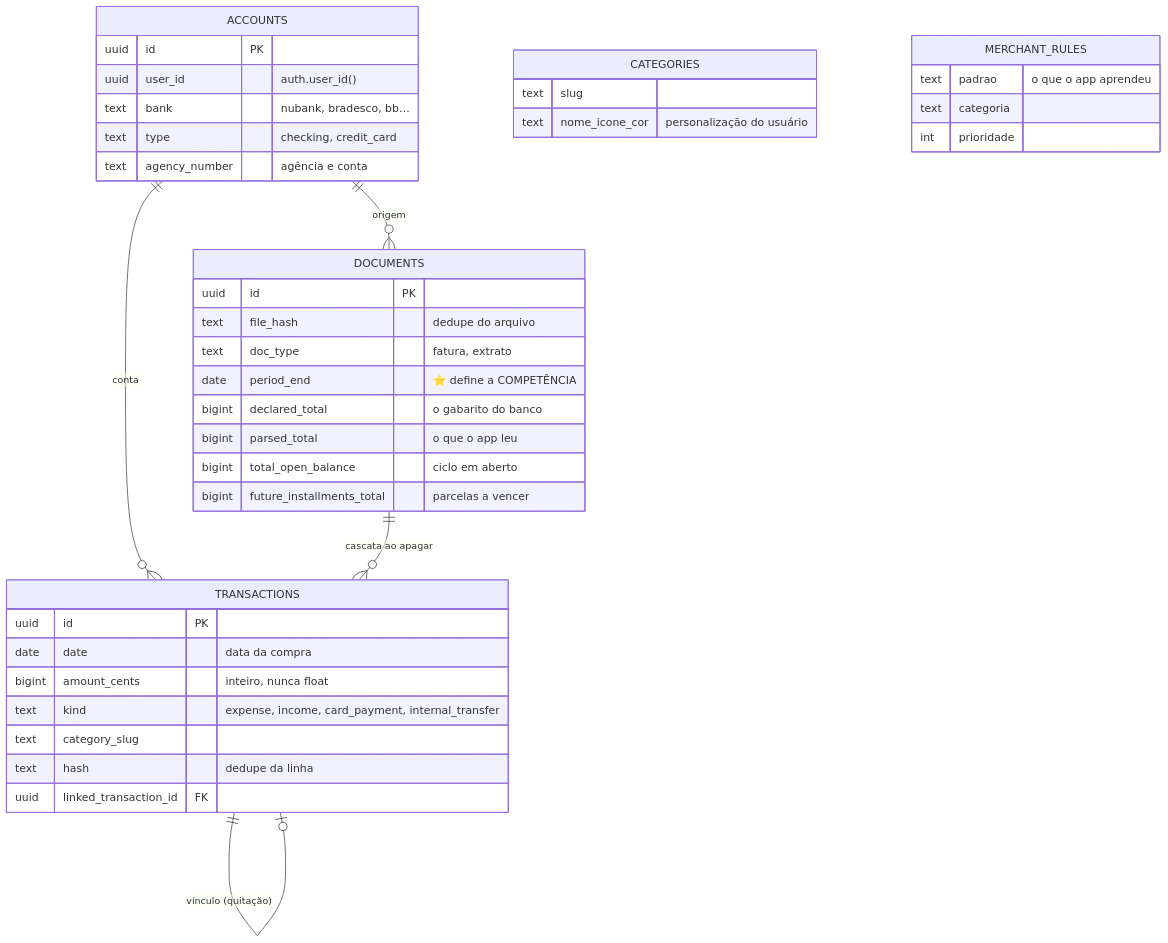
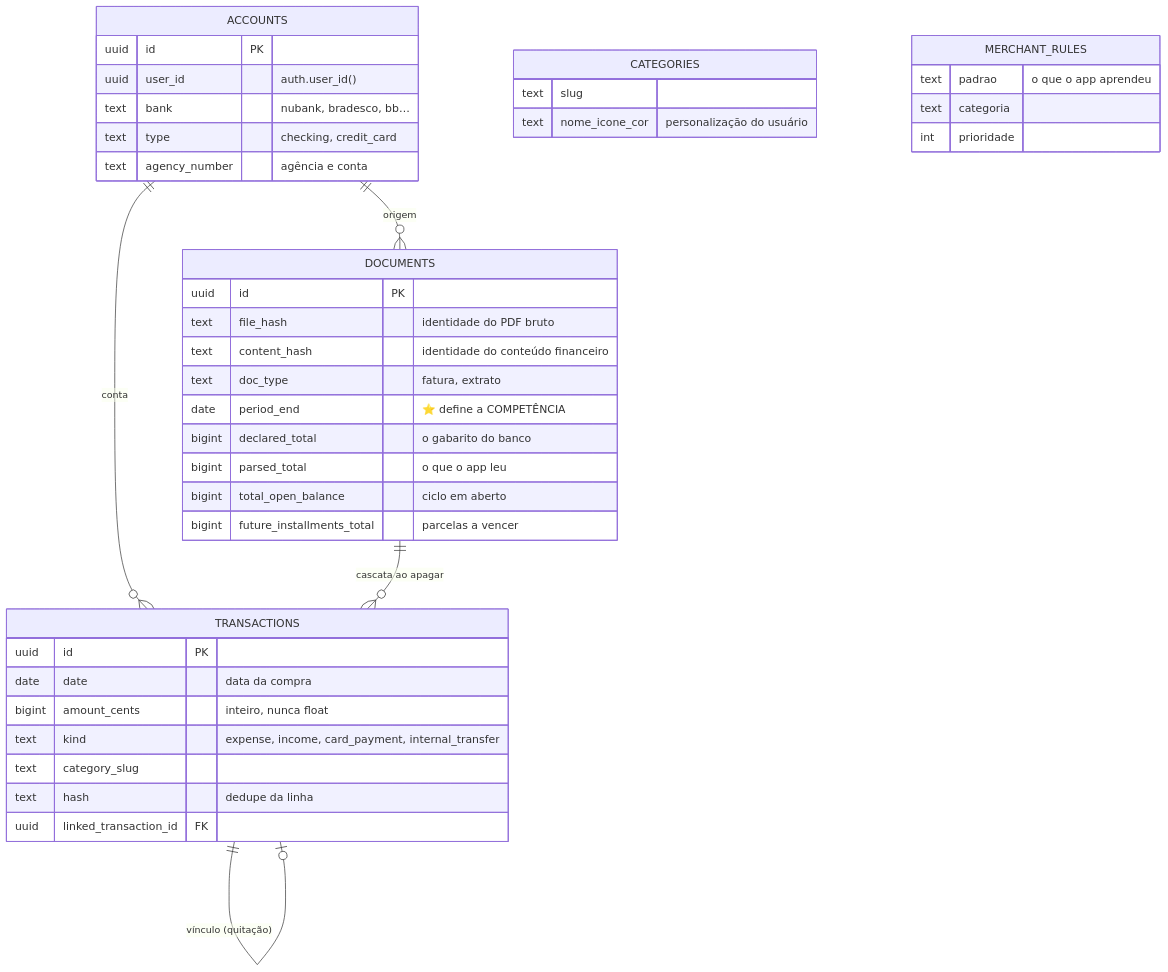
The third of 4 diagrams in README.md (cielioqueiroz/controle-financeiro), drawn with Mermaid before and after one commit. The commit also changed other lines of this file and 11 other files, not shown here.

````diff
--- a/README.md
+++ b/README.md
@@ -204,43 +205,44 @@
 ```mermaid
 erDiagram
     ACCOUNTS ||--o{ DOCUMENTS : "origem"
     ACCOUNTS ||--o{ TRANSACTIONS : "conta"
     DOCUMENTS ||--o{ TRANSACTIONS : "cascata ao apagar"
     TRANSACTIONS ||--o| TRANSACTIONS : "vínculo (quitação)"
 
     ACCOUNTS {
         uuid id PK
         uuid user_id "auth.user_id()"
         text bank "nubank, bradesco, bb…"
         text type "checking, credit_card"
         text agency_number "agência e conta"
     }
     DOCUMENTS {
         uuid id PK
-        text file_hash "dedupe do arquivo"
+        text file_hash "identidade do PDF bruto"
+        text content_hash "identidade do conteúdo financeiro"
         text doc_type "fatura, extrato"
         date period_end "⭐ define a COMPETÊNCIA"
         bigint declared_total "o gabarito do banco"
         bigint parsed_total "o que o app leu"
         bigint total_open_balance "ciclo em aberto"
         bigint future_installments_total "parcelas a vencer"
     }
     TRANSACTIONS {
         uuid id PK
         date date "data da compra"
         bigint amount_cents "inteiro, nunca float"
         text kind "expense, income, card_payment, internal_transfer"
         text category_slug
         text hash "dedupe da linha"
         uuid linked_transaction_id FK
     }
     CATEGORIES {
         text slug
         text nome_icone_cor "personalização do usuário"
     }
     MERCHANT_RULES {
         text padrao "o que o app aprendeu"
         text categoria
         int prioridade
     }
 ```
````
